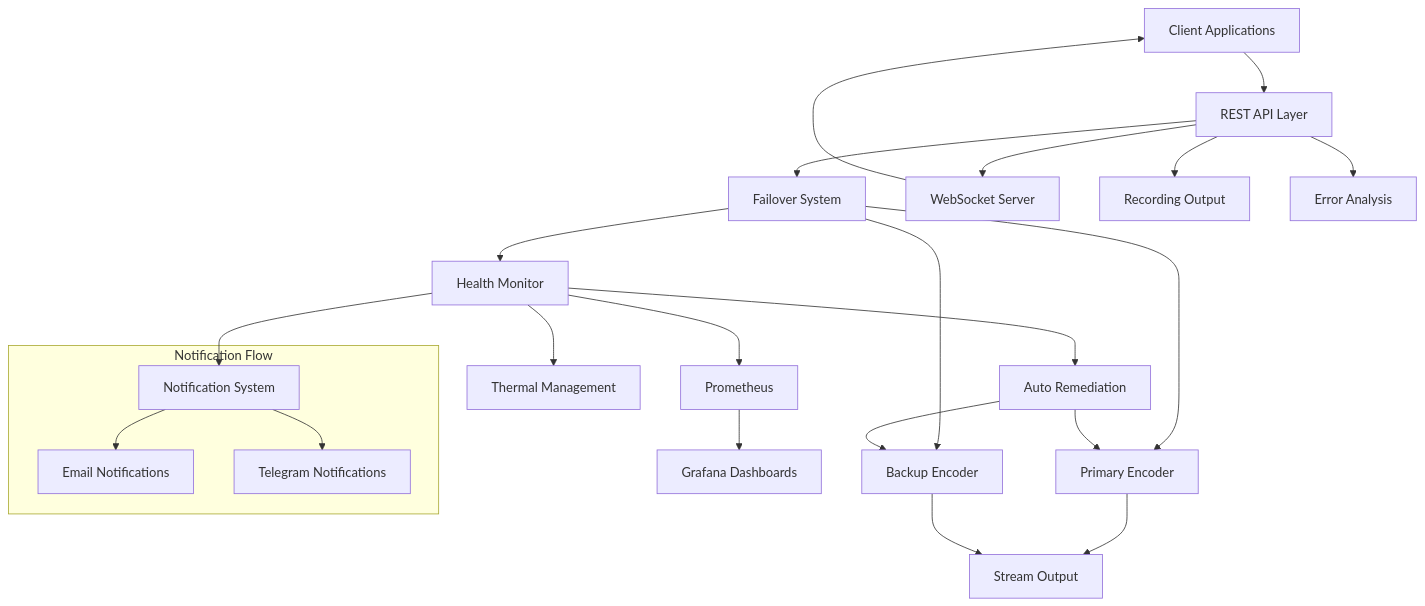
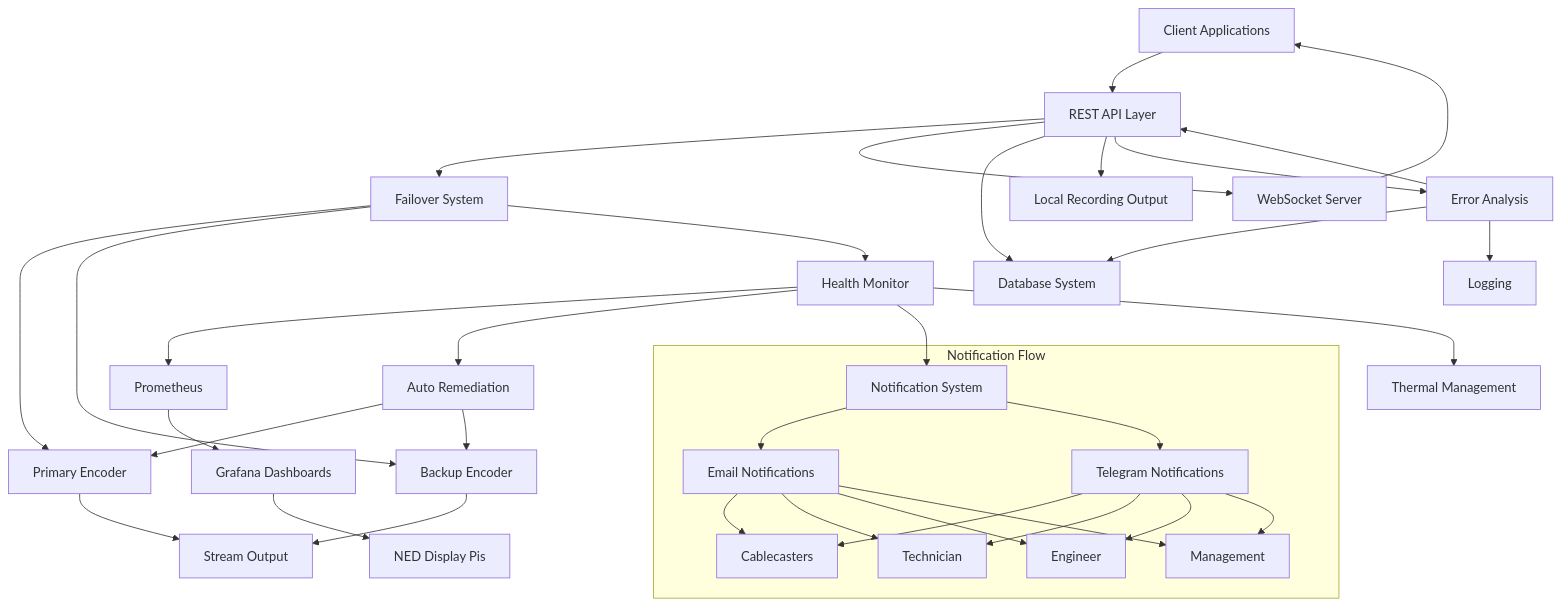
One commit to SCC-Dev-256/WatchTower changed the diagram in README.md. Above: the diagram before and after it, drawn with Mermaid.

Commit message:
Enhance README documentation with expanded notification flow and system architecture
- Updated the mermaid diagram in README.md to include additional components in the notification flow, detailing interactions between Email, Telegram, and various roles (Cablecasters, Technician, Engineer, Management).
- Added connections for Grafana and Database System to illustrate their roles in the overall architecture.
- Improved clarity on the relationships between API, Error Analysis, and Logging components.

These changes enhance the documentation quality and provide a clearer understanding of the system's capabilities and interactions.

````diff
--- a/README.md
+++ b/README.md
@@ -8,27 +8,43 @@
 ```mermaid
 graph TD
 Client[Client Applications] --> API[REST API Layer]
 API --> FS[Failover System]
 API --> WS[WebSocket Server]
 FS --> E1[Primary Encoder]
 FS --> E2[Backup Encoder]
 FS --> Monitor[Health Monitor]
 Monitor --> Prometheus[Prometheus]
 Prometheus --> Grafana[Grafana Dashboards]
 Monitor --> AutoFix[Auto Remediation]
 AutoFix --> E1
 AutoFix --> E2
 E1 --> Stream[Stream Output]
 E2 --> Stream
 WS --> Client
 Monitor --> NotificationSystem[Notification System]
 
 subgraph Notification Flow
     NotificationSystem --> Email[Email Notifications]
     NotificationSystem --> Telegram[Telegram Notifications]
+    Email --> Cablecasters[Cablecasters]
+    Email --> Technician[Technician]
+    Email --> Engineer[Engineer]
+    Email --> Management[Management]
+    Telegram --> Cablecasters
+    Telegram --> Technician
+    Telegram --> Engineer
+    Telegram --> Management
 end
 
-API --> Recording[Recording Output]
+Grafana --> NEDDisplayPis[NED Display Pis]
+
+API --> DatabaseSystem[Database System]
+API --> Recording[Local Recording Output]
+
 API --> ErrorAnalysis[Error Analysis]
+ErrorAnalysis --> DatabaseSystem
+ErrorAnalysis --> Logging[Logging]
+ErrorAnalysis --> API
+
 Monitor --> ThermalManagement[Thermal Management]
 ```
````
